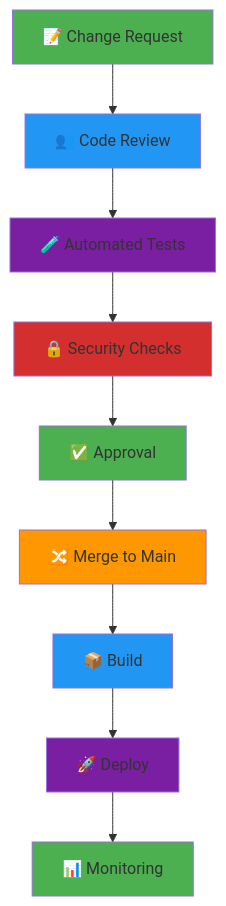
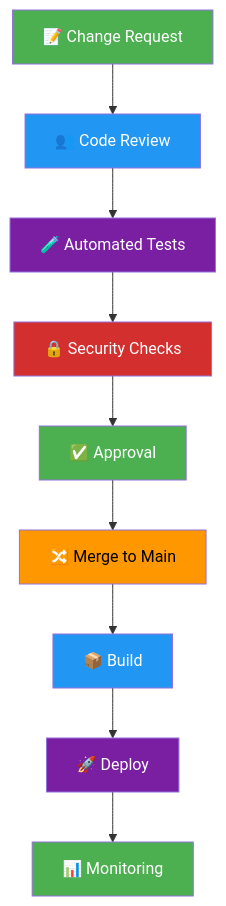
One commit to Hack23/cia-compliance-manager changed the fifth of 9 diagrams in ISMS_IMPLEMENTATION_GUIDE.md. Above: the diagram before and after it, drawn with Mermaid. The commit also changed other lines of this file and 3 other files, not shown here.

````diff
--- a/ISMS_IMPLEMENTATION_GUIDE.md
+++ b/ISMS_IMPLEMENTATION_GUIDE.md
@@ -431,21 +431,21 @@
 ```mermaid
 graph TD
     A[📝 Change Request] --> B[👥 Code Review]
     B --> C[🧪 Automated Tests]
     C --> D[🔒 Security Checks]
     D --> E[✅ Approval]
     E --> F[🔀 Merge to Main]
     F --> G[📦 Build]
     G --> H[🚀 Deploy]
     H --> I[📊 Monitoring]
     
-    style A fill:#4CAF50
-    style B fill:#2196F3
-    style C fill:#7B1FA2
-    style D fill:#D32F2F
-    style E fill:#4CAF50
-    style F fill:#FF9800
-    style G fill:#2196F3
-    style H fill:#7B1FA2
-    style I fill:#4CAF50
+    style A fill:#4CAF50,color:#ffffff
+    style B fill:#2196F3,color:#ffffff
+    style C fill:#7B1FA2,color:#ffffff
+    style D fill:#D32F2F,color:#ffffff
+    style E fill:#4CAF50,color:#ffffff
+    style F fill:#FF9800,color:#000000
+    style G fill:#2196F3,color:#ffffff
+    style H fill:#7B1FA2,color:#ffffff
+    style I fill:#4CAF50,color:#ffffff
 ```
````
